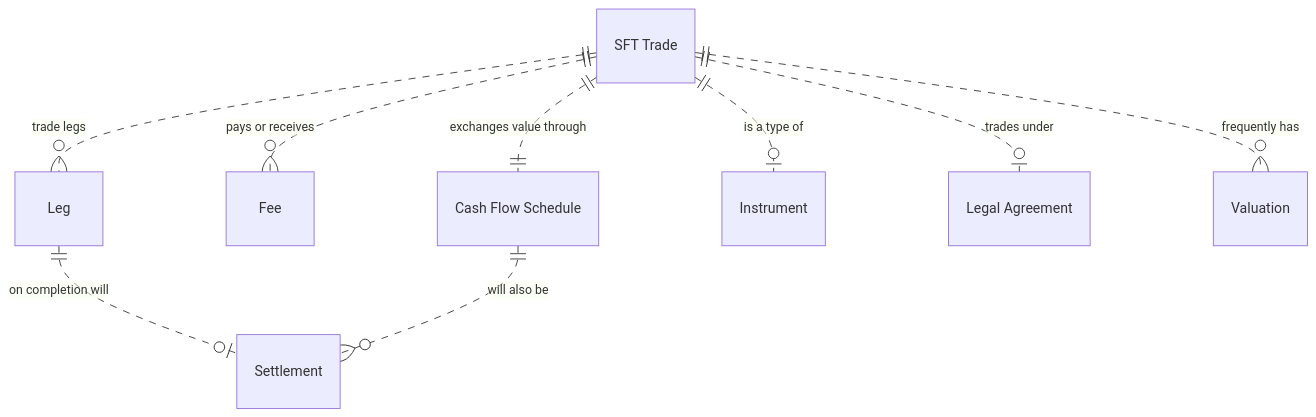
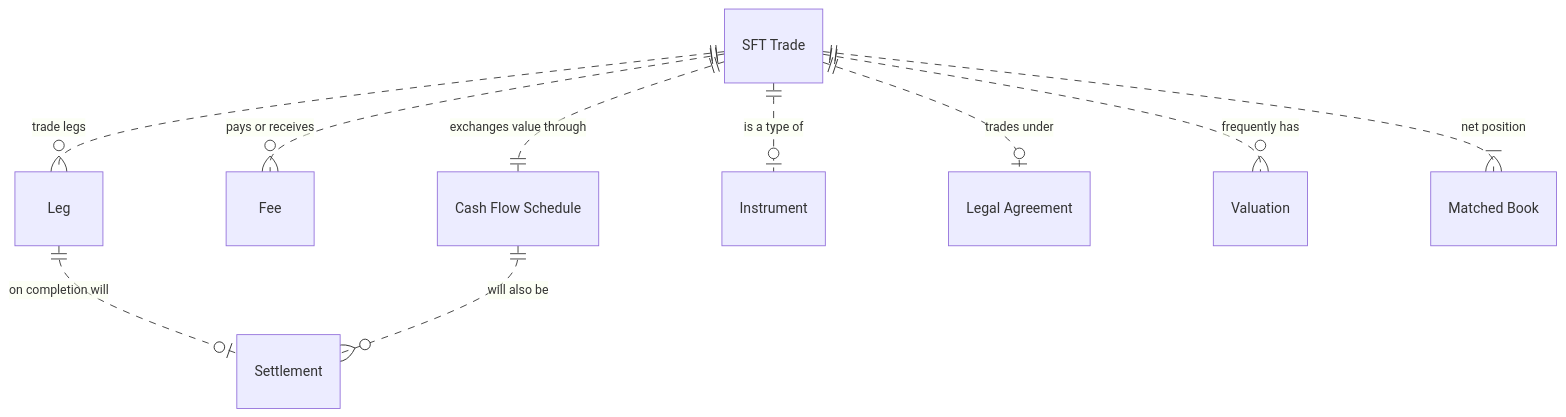
One commit to andyvroberts/strawberry changed the diagram in ib/SFT.md. Above: the diagram before and after it, drawn with Mermaid. The commit also changed other lines of this file, not shown here.

````diff
--- a/ib/SFT.md
+++ b/ib/SFT.md
@@ -19,20 +20,22 @@
 ```mermaid
 erDiagram
     Trade ["SFT Trade"] 
     Leg 
     Fee
     CFS ["Cash Flow Schedule"]
     Settlement
     Instrument
     LE ["Legal Agreement"]
     Valuation
+    MB ["Matched Book"]
     Trade ||..o{ Leg : "trade legs"
     Trade ||..o{ Fee : "pays or receives"
     Trade ||..|| CFS : "exchanges value through"
     Leg ||..o| Settlement : "on completion will"
     CFS ||..o{ Settlement : "will also be"
     Trade ||..o| Instrument : "is a type of"
     Trade ||..o| LE : "trades under"
     Trade ||..o{ Valuation : "frequently has"
+    Trade ||..|{ MB : "net position"
 
 ```
````
